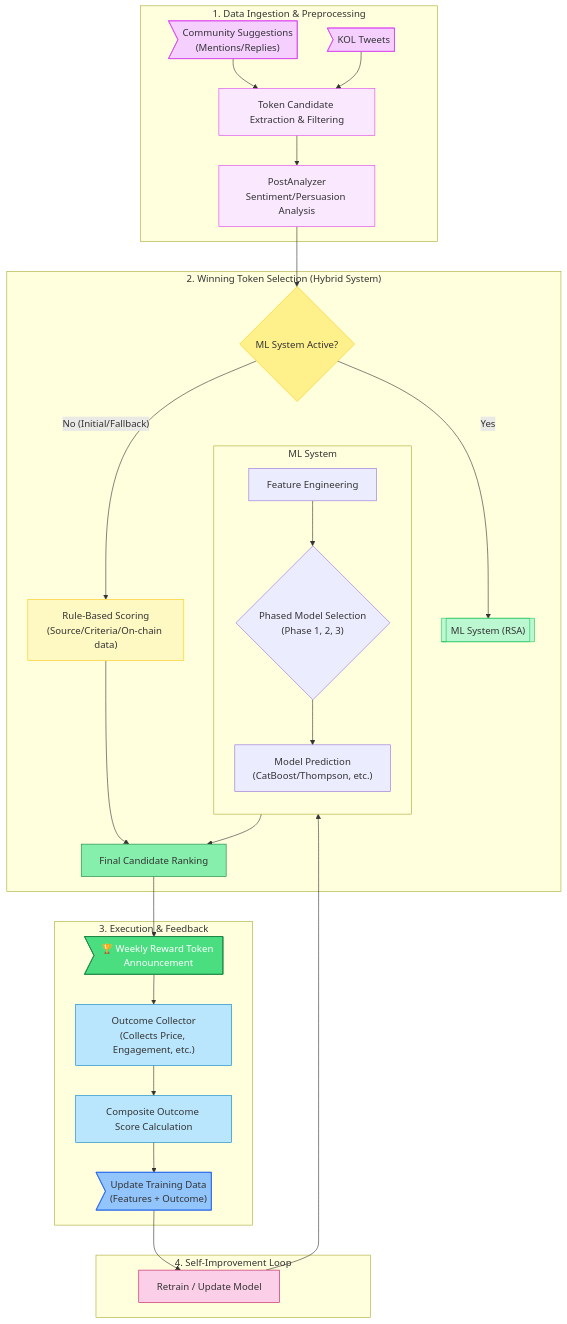
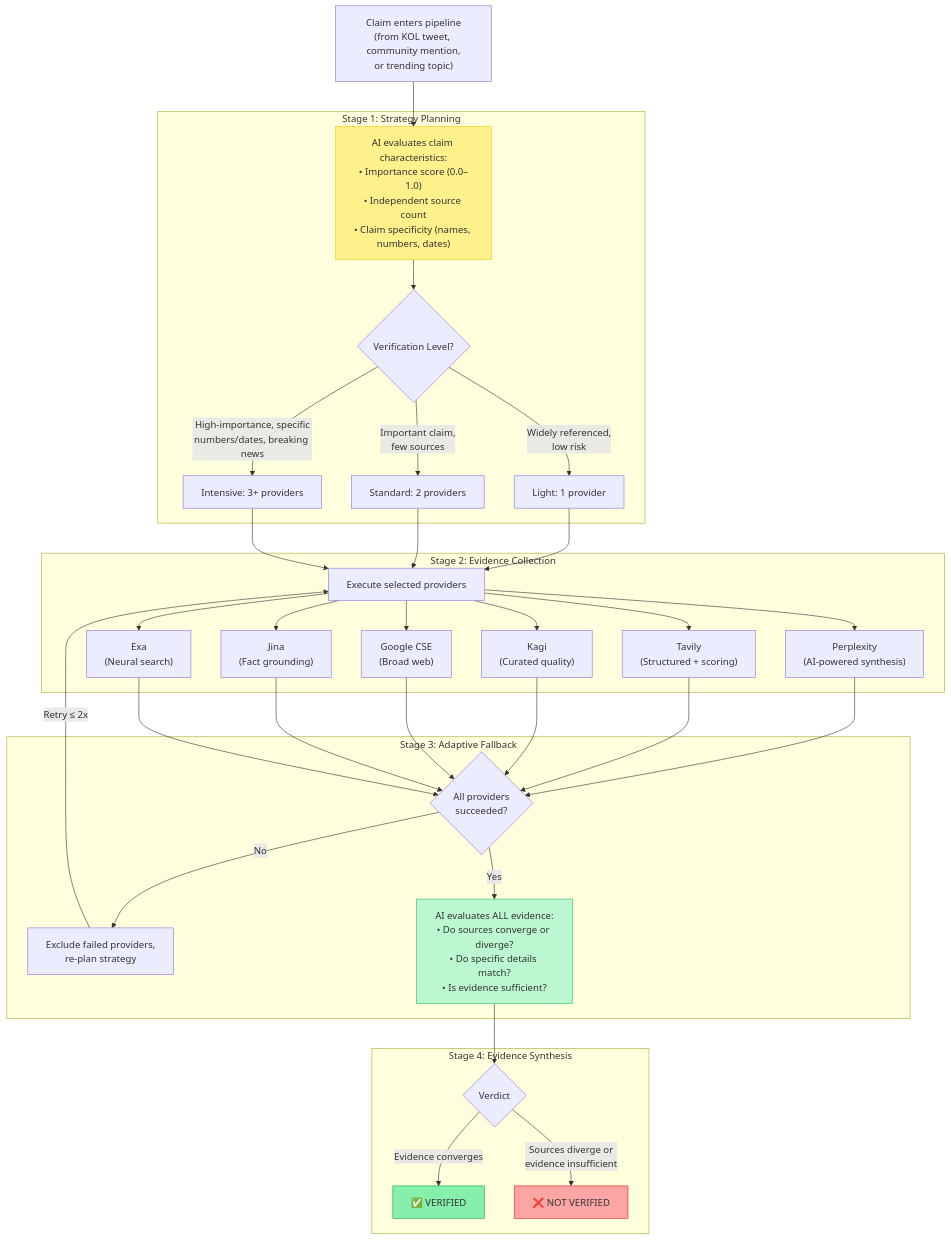
One commit to Miko-Protocol/docs changed the second of 6 diagrams in docs/technical-architecture/ai-architecture.md. Above: the diagram before and after it, drawn with Mermaid. The commit also changed other lines of this file and 13 other files, not shown here.

````diff
--- a/docs/technical-architecture/ai-architecture.md
+++ b/docs/technical-architecture/ai-architecture.md
@@ -67,46 +87,52 @@
 ```mermaid
 graph TD
-    subgraph "1#46; Data Ingestion & Preprocessing"
-        A>"Community Suggestions<br/>(Mentions/Replies)"] --> C
-        B>"KOL Tweets"] --> C
-        C["Token Candidate Extraction & Filtering"]
-        C --> D["PostAnalyzer<br>Sentiment/Persuasion Analysis"]
+    A["Claim enters pipeline<br/>(from KOL tweet, community mention,<br/>or trending topic)"] --> B
+
+    subgraph "Stage 1: Strategy Planning"
+        B["AI evaluates claim characteristics:<br/>• Importance score (0.0–1.0)<br/>• Independent source count<br/>• Claim specificity (names, numbers, dates)"]
+        B --> B1{"Verification Level?"}
+        B1 -->|"Widely referenced,<br/>low risk"| BL["Light: 1 provider"]
+        B1 -->|"Important claim,<br/>few sources"| BS["Standard: 2 providers"]
+        B1 -->|"High-importance, specific<br/>numbers/dates, breaking news"| BI["Intensive: 3+ providers"]
     end
-    subgraph "2#46; Winning Token Selection (Hybrid System)"
-        D --> E{"ML System Active?"}
-        E -- "No (Initial/Fallback)" --> F["Rule-Based Scoring<br>(Source/Criteria/On-chain data)"]
-        E -- "Yes" --> G[["ML System (RSA)"]]
-        subgraph G_sub["ML System"]
-            direction TB
-            G1["Feature Engineering"]
-            G2{"Phased Model Selection<br>(Phase 1, 2, 3)"}
-            G3["Model Prediction<br>(CatBoost/Thompson, etc.)"]
-            G1 --> G2 --> G3
-        end
-        F --> H["Final Candidate Ranking"]
-        G3 --> H
+
+    BL --> C
+    BS --> C
+    BI --> C
+
+    subgraph "Stage 2: Evidence Collection"
+        C["Execute selected providers"]
+        C --> C1["Perplexity<br/>(AI-powered synthesis)"]
+        C --> C2["Tavily<br/>(Structured + scoring)"]
+        C --> C3["Kagi<br/>(Curated quality)"]
+        C --> C4["Google CSE<br/>(Broad web)"]
+        C --> C5["Jina<br/>(Fact grounding)"]
+        C --> C6["Exa<br/>(Neural search)"]
     end
-    subgraph "3#46; Execution & Feedback"
-        H --> I>"🏆 Weekly Reward Token Announcement"]
-        I --> J["Outcome Collector<br>(Collects Price, Engagement, etc.)"]
-        J --> K["Composite Outcome Score Calculation"]
-        K --> L>"Update Training Data<br>(Features + Outcome)"]
+
+    C1 --> D
+    C2 --> D
+    C3 --> D
+    C4 --> D
+    C5 --> D
+    C6 --> D
+
+    subgraph "Stage 3: Adaptive Fallback"
+        D{"All providers<br/>succeeded?"}
+        D -->|"No"| E["Exclude failed providers,<br/>re-plan strategy"]
+        E -->|"Retry ≤ 2x"| C
+        D -->|"Yes"| F
     end
-    subgraph "4#46; Self-Improvement Loop"
-       L --> M["Retrain / Update Model"]
-       M --> G2
+
+    subgraph "Stage 4: Evidence Synthesis"
+        F["AI evaluates ALL evidence:<br/>• Do sources converge or diverge?<br/>• Do specific details match?<br/>• Is evidence sufficient?"]
+        F --> G{"Verdict"}
+        G -->|"Evidence converges"| H["✅ VERIFIED"]
+        G -->|"Sources diverge or<br/>evidence insufficient"| I["❌ NOT VERIFIED"]
     end
-    style A fill:#f5d0fe,stroke:#d946ef
-    style B fill:#f5d0fe,stroke:#d946ef
-    style C fill:#fae8ff,stroke:#d946ef
-    style D fill:#fae8ff,stroke:#d946ef
-    style E fill:#fef08a,stroke:#facc15
-    style F fill:#fef9c3,stroke:#facc15
-    style G fill:#bbf7d0,stroke:#22c55e
-    style H fill:#86efac,stroke:#15803d
-    style I fill:#4ade80,stroke:#15803d,color:#fff
-    style J fill:#bae6fd,stroke:#0284c7
-    style K fill:#bae6fd,stroke:#0284c7
-    style L fill:#93c5fd,stroke:#2563eb
-    style M fill:#fbcfe8,stroke:#be185d
+
+    style B fill:#fef08a,stroke:#facc15
+    style F fill:#bbf7d0,stroke:#22c55e
+    style H fill:#86efac,stroke:#16a34a
+    style I fill:#fca5a5,stroke:#dc2626
 ```
````
